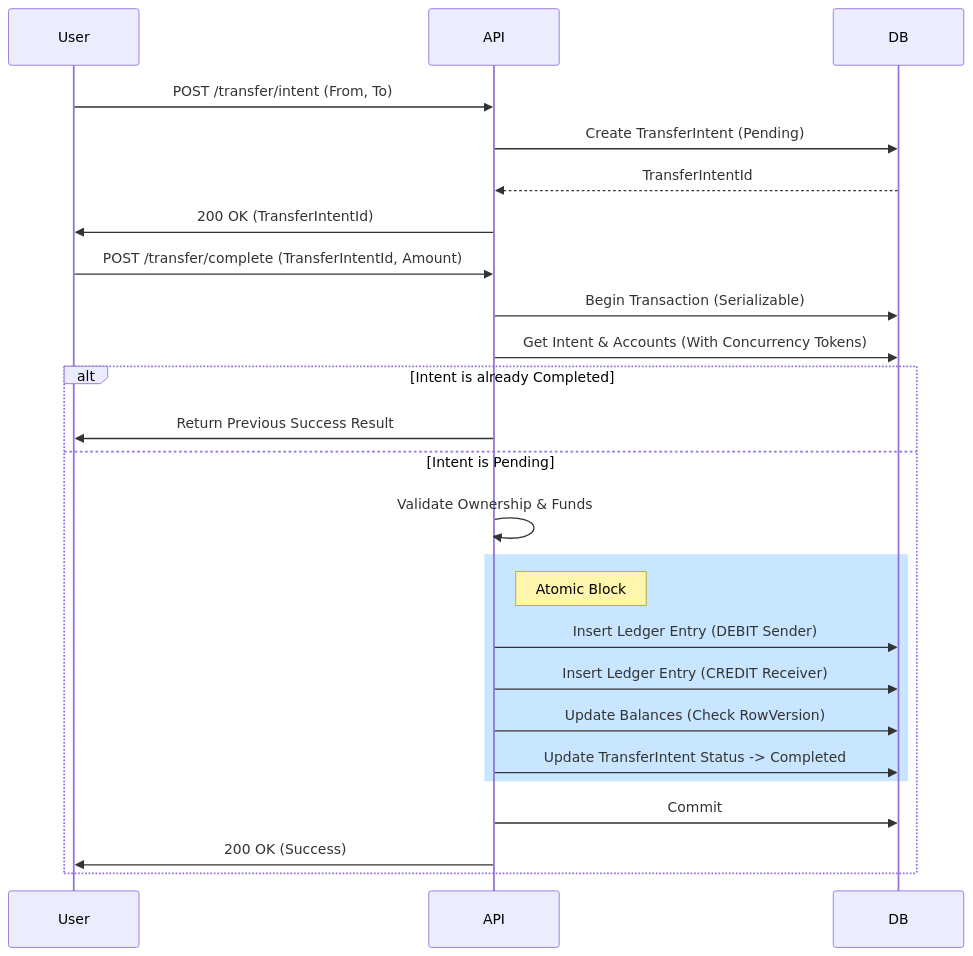
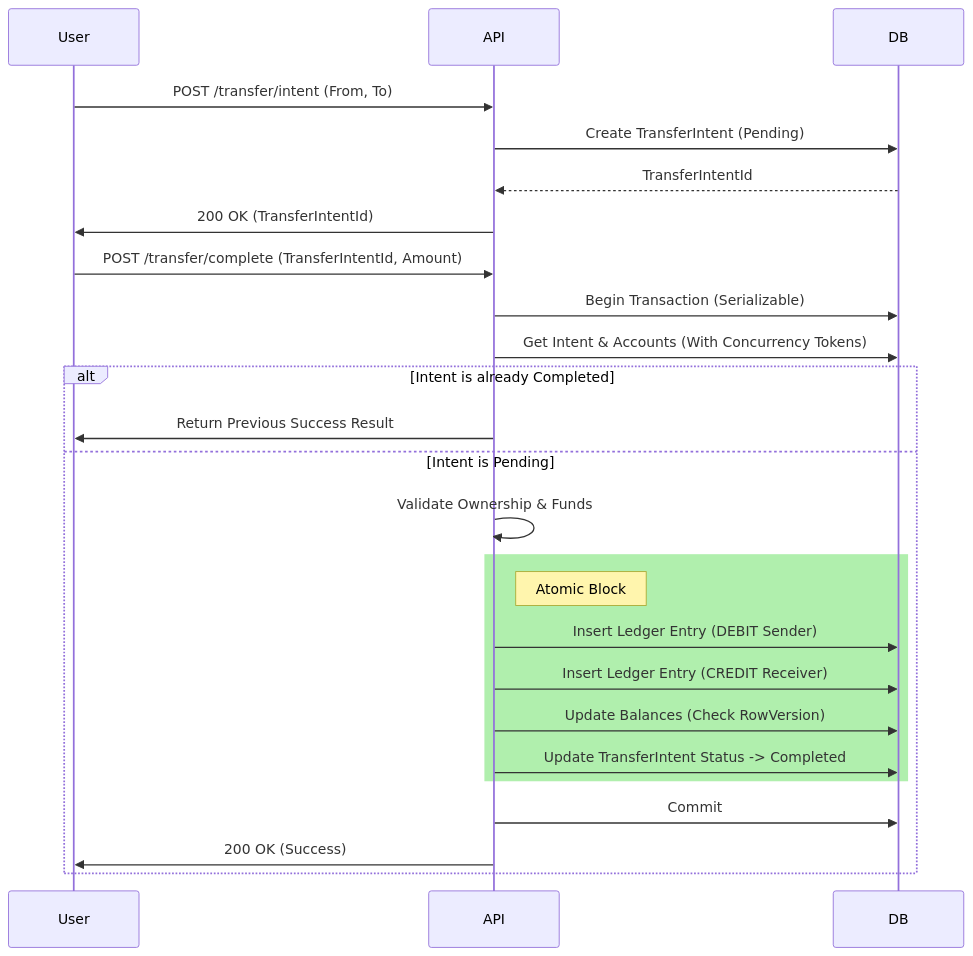
The fourth of 4 diagrams in WORKFLOW.md (karar-hayder/ITS-SecureBank), drawn with Mermaid before and after one commit. The commit also changed 1 other file, not shown here.

Commit message:
docs: update SCHEMA.md to refine entity relationships and field naming conventions; clarify TransferIntents associations and adjust UserRole capitalization

````diff
--- a/WORKFLOW.md
+++ b/WORKFLOW.md
@@ -95,32 +95,32 @@
 ```mermaid
 sequenceDiagram
     participant User
     participant API
     participant DB
     
     User->>API: POST /transfer/intent (From, To)
     API->>DB: Create TransferIntent (Pending)
     DB-->>API: TransferIntentId
     API->>User: 200 OK (TransferIntentId)
 
     User->>API: POST /transfer/complete (TransferIntentId, Amount)
     API->>DB: Begin Transaction (Serializable)
     API->>DB: Get Intent & Accounts (With Concurrency Tokens)
     
     alt Intent is already Completed
         API->>User: Return Previous Success Result
     else Intent is Pending
         API->>API: Validate Ownership & Funds
         
-        rect rgb(200, 230, 255)
+        rect rgba(98, 224, 93, 0.5)
             Note right of API: Atomic Block
             API->>DB: Insert Ledger Entry (DEBIT Sender)
             API->>DB: Insert Ledger Entry (CREDIT Receiver)
             API->>DB: Update Balances (Check RowVersion)
             API->>DB: Update TransferIntent Status -> Completed
         end
         
         API->>DB: Commit
         API->>User: 200 OK (Success)
     end
 ```
````
